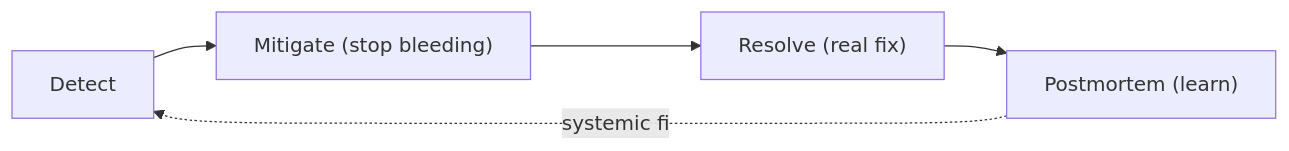
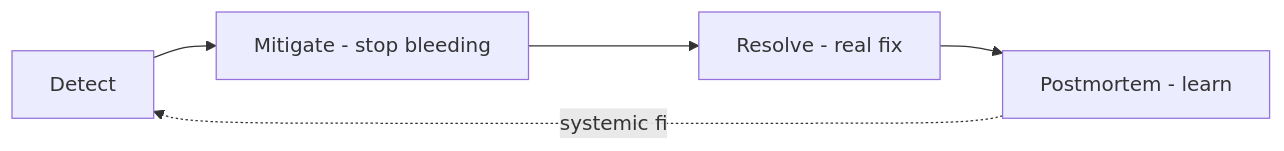
The diagram in docs/08-observability/03-rca-incident-response.md (RIT-MESH/system-design-mastery), drawn with Mermaid before and after one commit. The commit also changed 139 other files, not shown here.

First line of the commit message:
Fix Mermaid parse errors: replace parentheses in node labels across 140 files

````diff
--- a/docs/08-observability/03-rca-incident-response.md
+++ b/docs/08-observability/03-rca-incident-response.md
@@ -19,8 +19,8 @@
 ```mermaid
 %% created-for: system-design-mastery
 flowchart LR
-  Detect["Detect"] --> Mit["Mitigate (stop bleeding)"]
-  Mit --> Resolve["Resolve (real fix)"]
-  Resolve --> Post["Postmortem (learn)"]
+  Detect["Detect"] --> Mit["Mitigate - stop bleeding"]
+  Mit --> Resolve["Resolve - real fix"]
+  Resolve --> Post["Postmortem - learn"]
   Post -.systemic fix.-> Detect
 ```
````
